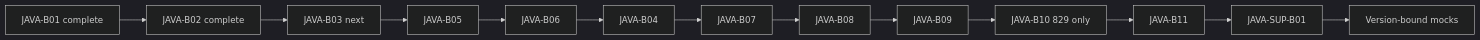
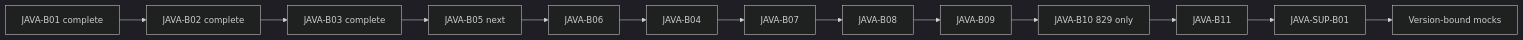
One commit to alimbetov/obsidian changed the second of 2 diagrams in 00_HOME/Oracle Java 17 and 21 Certification Program.md. Above: the diagram before and after it, drawn with Mermaid (dark theme). The commit also changed other lines of this file and 9 other files, not shown here.

````diff
--- a/00_HOME/Oracle Java 17 and 21 Certification Program.md
+++ b/00_HOME/Oracle Java 17 and 21 Certification Program.md
@@ -198,15 +198,15 @@
 ```mermaid
 flowchart LR
     B1[JAVA-B01 complete] --> B2[JAVA-B02 complete]
-    B2 --> B3[JAVA-B03 next]
-    B3 --> B5[JAVA-B05]
+    B2 --> B3[JAVA-B03 complete]
+    B3 --> B5[JAVA-B05 next]
     B5 --> B6[JAVA-B06]
     B6 --> B4[JAVA-B04]
     B4 --> B7[JAVA-B07]
     B7 --> B8[JAVA-B08]
     B8 --> B9[JAVA-B09]
     B9 --> B10[JAVA-B10 829 only]
     B10 --> B11[JAVA-B11]
     B11 --> SUP[JAVA-SUP-B01]
     SUP --> MOCKS[Version-bound mocks]
 ```
````
